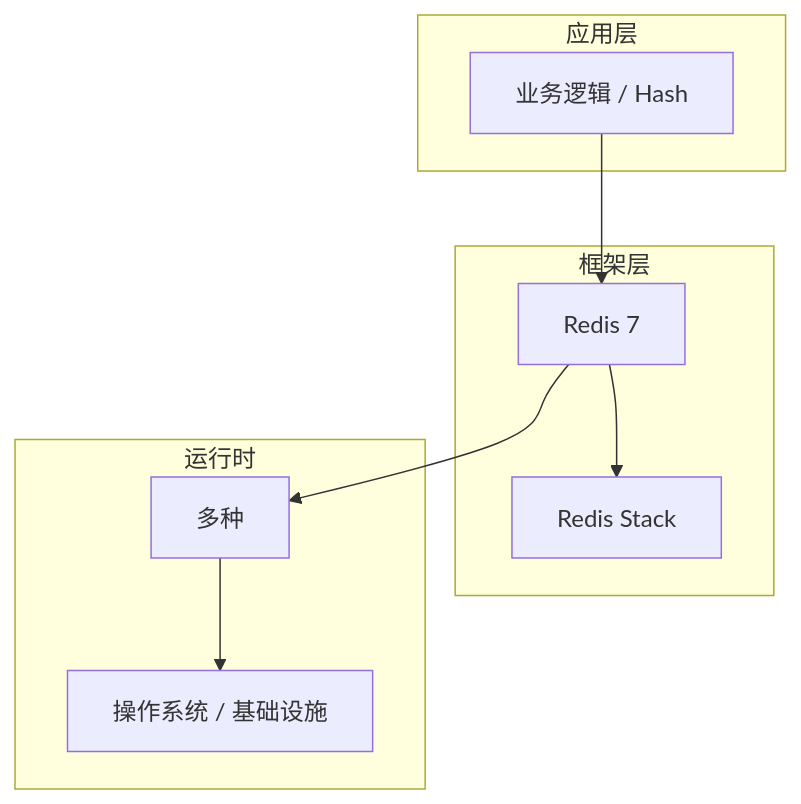
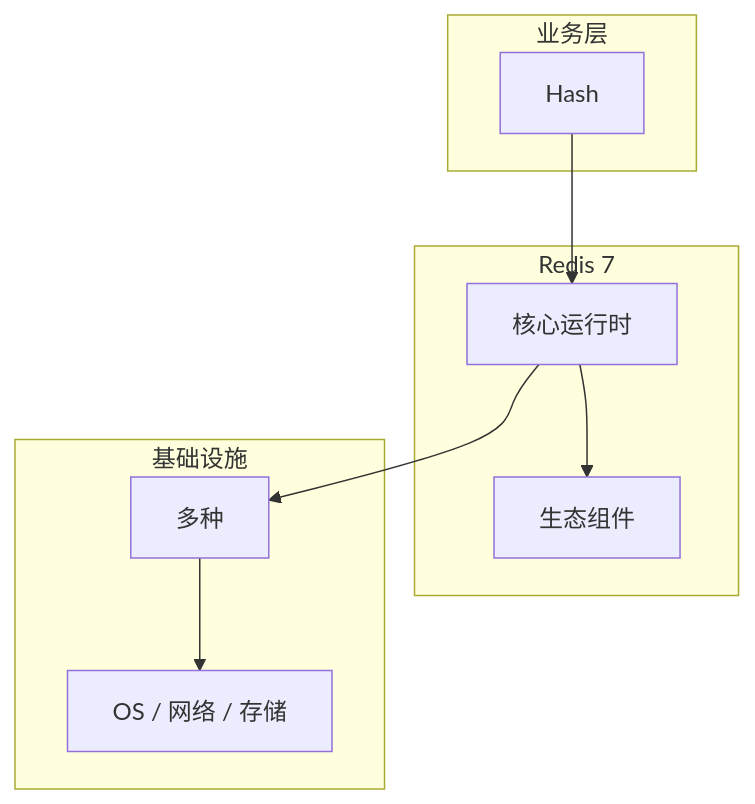
Before and after one commit to yanggan2015/knowledge-json-v2: the diagram in articles/Redis/chapters/019-Hash核心概念与原理.md, drawn with Mermaid. The commit also changed other lines of this file and 10127 other files, not shown here.

````diff
--- a/articles/Redis/chapters/019-Hash核心概念与原理.md
+++ b/articles/Redis/chapters/019-Hash核心概念与原理.md
@@ -45,18 +34,18 @@
 ```mermaid
 graph TB
-    subgraph 应用层
-        A[业务逻辑 / Hash]
+    subgraph 业务层
+        A[Hash]
     end
-    subgraph 框架层
-        B[Redis 7]
-        C[Redis Stack]
+    subgraph Redis 7
+        B[核心运行时]
+        C[生态组件]
     end
-    subgraph 运行时
+    subgraph 基础设施
         D[多种]
-        E[操作系统 / 基础设施]
+        E[OS / 网络 / 存储]
     end
     A --> B
     B --> C
     B --> D
     D --> E
 ```
````
